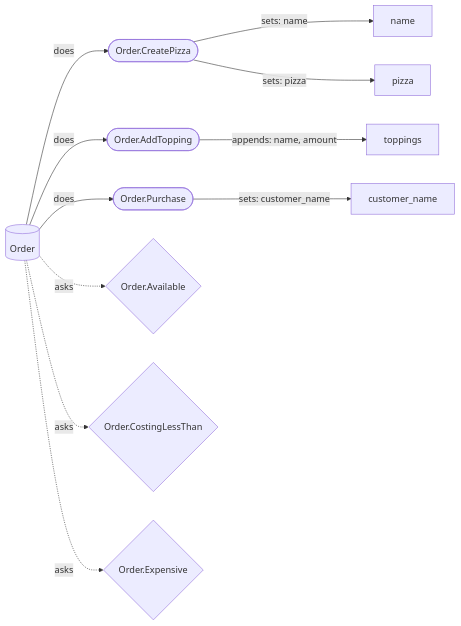
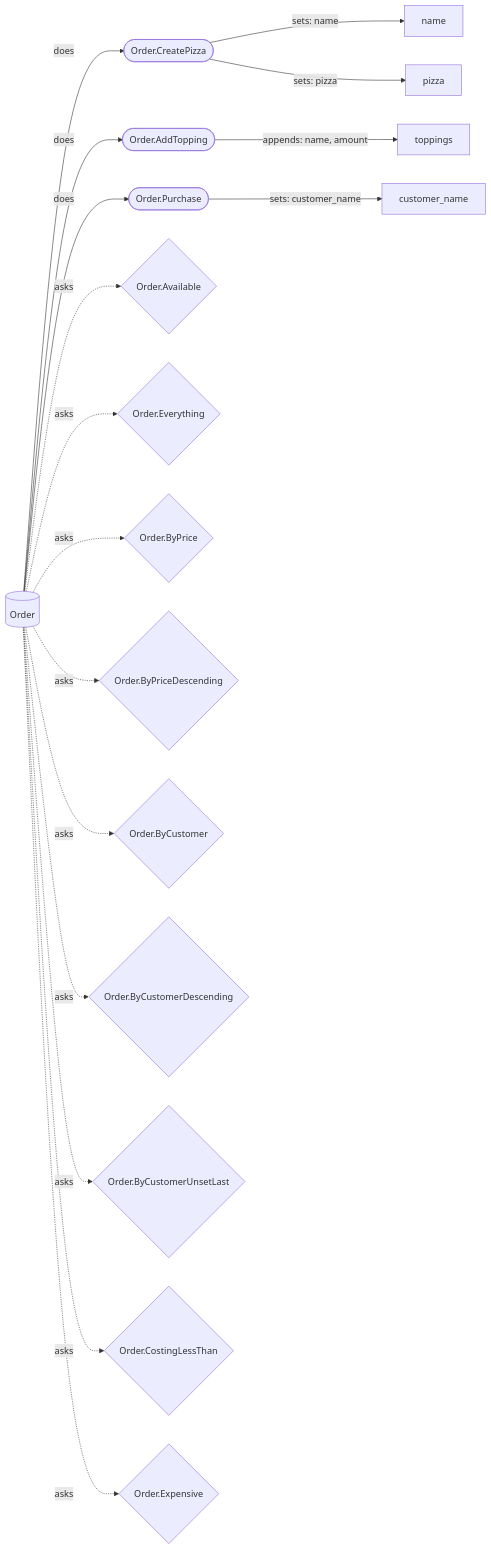
The diagram in docs/generated/diagrams/pizzas/Order_surface.mmd (heckslabs/hecks), drawn with Mermaid before and after one commit. The commit also changed 1 other file, not shown here.

Commit message:
Pin .strip in the host reader's differential cases and refresh pizzas' diagram
The expression-parity spec wants a case for every emitted op, and the pizzas
chapter gained queries the committed surface diagram did not show.

```diff
--- a/docs/generated/diagrams/pizzas/Order_surface.mmd
+++ b/docs/generated/diagrams/pizzas/Order_surface.mmd
@@ -1,13 +1,19 @@
 %% GENERATED by hecks project_diagrams from Order's own declared commands (and what each writes) and queries — DO NOT EDIT BY HAND.
 %% Re-run `hecks project_diagrams <domain-path> Pizzas` after any change.
 flowchart LR
     Order[(Order)] -->|does| cmd_Order_CreatePizza(["Order.CreatePizza"])
     Order[(Order)] -->|does| cmd_Order_AddTopping(["Order.AddTopping"])
     Order[(Order)] -->|does| cmd_Order_Purchase(["Order.Purchase"])
     cmd_Order_CreatePizza(["Order.CreatePizza"]) -->|"sets: name"| attr_Order_name[name]
     cmd_Order_CreatePizza(["Order.CreatePizza"]) -->|"sets: pizza"| attr_Order_pizza[pizza]
     cmd_Order_AddTopping(["Order.AddTopping"]) -->|"appends: name, amount"| attr_Order_toppings[toppings]
     cmd_Order_Purchase(["Order.Purchase"]) -->|"sets: customer_name"| attr_Order_customer_name[customer_name]
     Order[(Order)] -.->|asks| qry_Order_Available{"Order.Available"}
+    Order[(Order)] -.->|asks| qry_Order_Everything{"Order.Everything"}
+    Order[(Order)] -.->|asks| qry_Order_ByPrice{"Order.ByPrice"}
+    Order[(Order)] -.->|asks| qry_Order_ByPriceDescending{"Order.ByPriceDescending"}
+    Order[(Order)] -.->|asks| qry_Order_ByCustomer{"Order.ByCustomer"}
+    Order[(Order)] -.->|asks| qry_Order_ByCustomerDescending{"Order.ByCustomerDescending"}
+    Order[(Order)] -.->|asks| qry_Order_ByCustomerUnsetLast{"Order.ByCustomerUnsetLast"}
     Order[(Order)] -.->|asks| qry_Order_CostingLessThan{"Order.CostingLessThan"}
     Order[(Order)] -.->|asks| qry_Order_Expensive{"Order.Expensive"}
```
